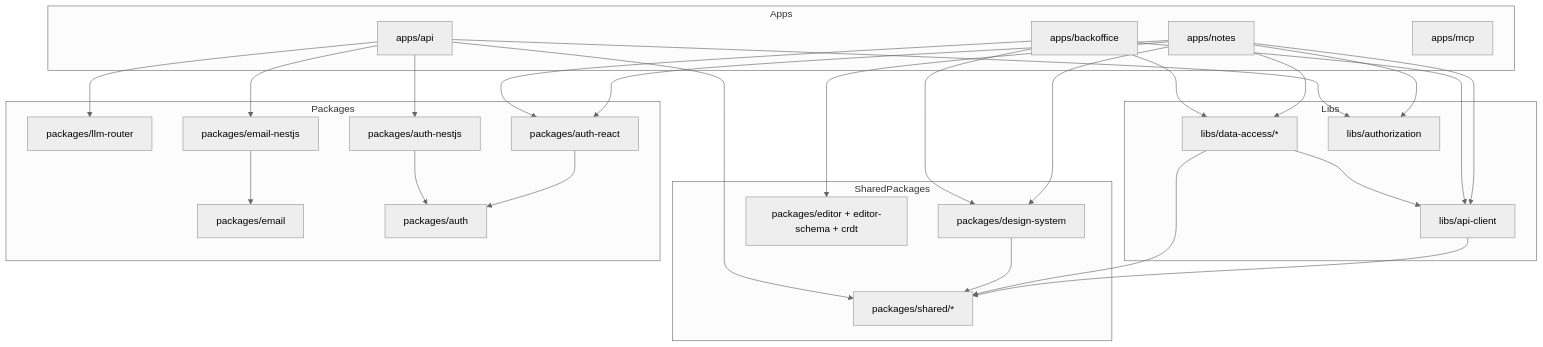
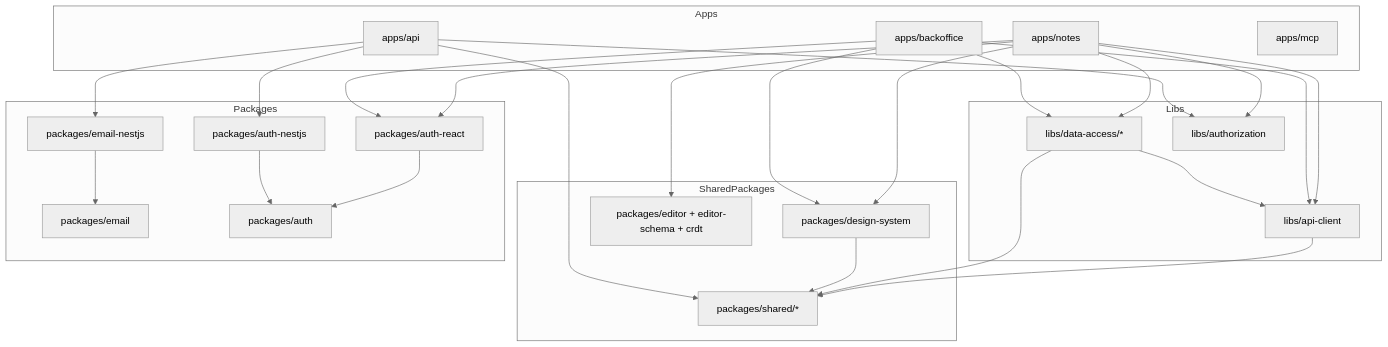
Before and after one commit to jovandyaz/knowtis-app: the diagram in docs/ARCHITECTURE.md, drawn with Mermaid (neutral theme). The commit also changed other lines of this file and 54 other files, not shown here.

First line of the commit message:
build(llm-router): consume the published npm package instead of the in-repo copy (#723)

````diff
--- a/docs/ARCHITECTURE.md
+++ b/docs/ARCHITECTURE.md
@@ -183,54 +182,52 @@
 ```mermaid
 graph TD
     subgraph Apps
         Notes[apps/notes]
         Backoffice[apps/backoffice]
         API[apps/api]
         MCP[apps/mcp]
     end
 
     subgraph Libs
         ApiClient[libs/api-client]
         DataAccess[libs/data-access/*]
         Authorization[libs/authorization]
     end
 
     subgraph SharedPackages
         DesignSystem[packages/design-system]
         Editor[packages/editor + editor-schema + crdt]
         Shared[packages/shared/*]
     end
 
     subgraph Packages
-        LlmRouter[packages/llm-router]
         Email[packages/email]
         EmailNestjs[packages/email-nestjs]
         Auth[packages/auth]
         AuthNestjs[packages/auth-nestjs]
         AuthReact[packages/auth-react]
     end
 
     Notes --> ApiClient
     Notes --> DataAccess
     Notes --> DesignSystem
     Notes --> Editor
     Notes --> Authorization
     Notes --> AuthReact
     Backoffice --> ApiClient
     Backoffice --> DataAccess
     Backoffice --> DesignSystem
     Backoffice --> AuthReact
     ApiClient --> Shared
     DataAccess --> ApiClient
     DataAccess --> Shared
     DesignSystem --> Shared
     AuthReact --> Auth
 
-    API --> LlmRouter
     API --> Authorization
     API --> EmailNestjs
     API --> AuthNestjs
     API --> Shared
     EmailNestjs --> Email
     AuthNestjs --> Auth
 ```
````
